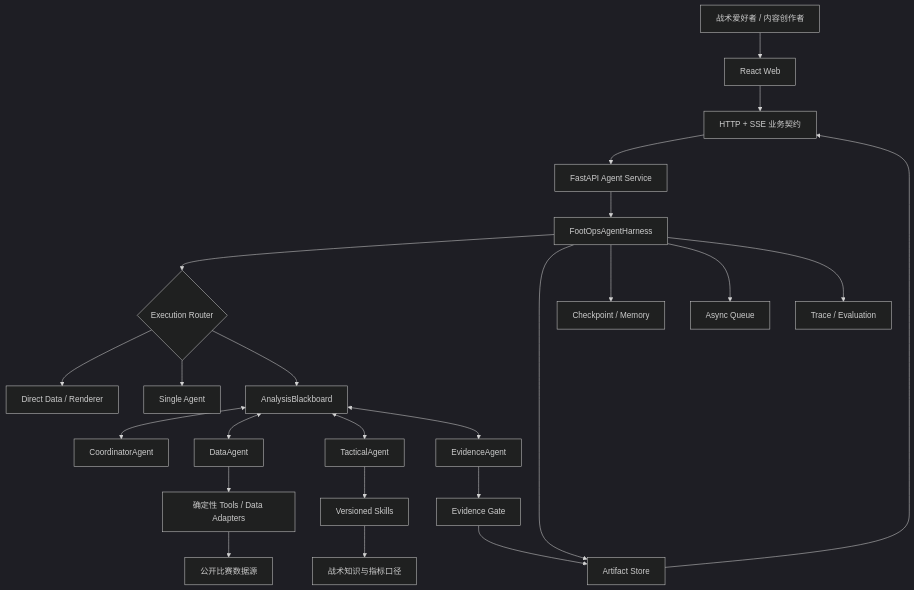
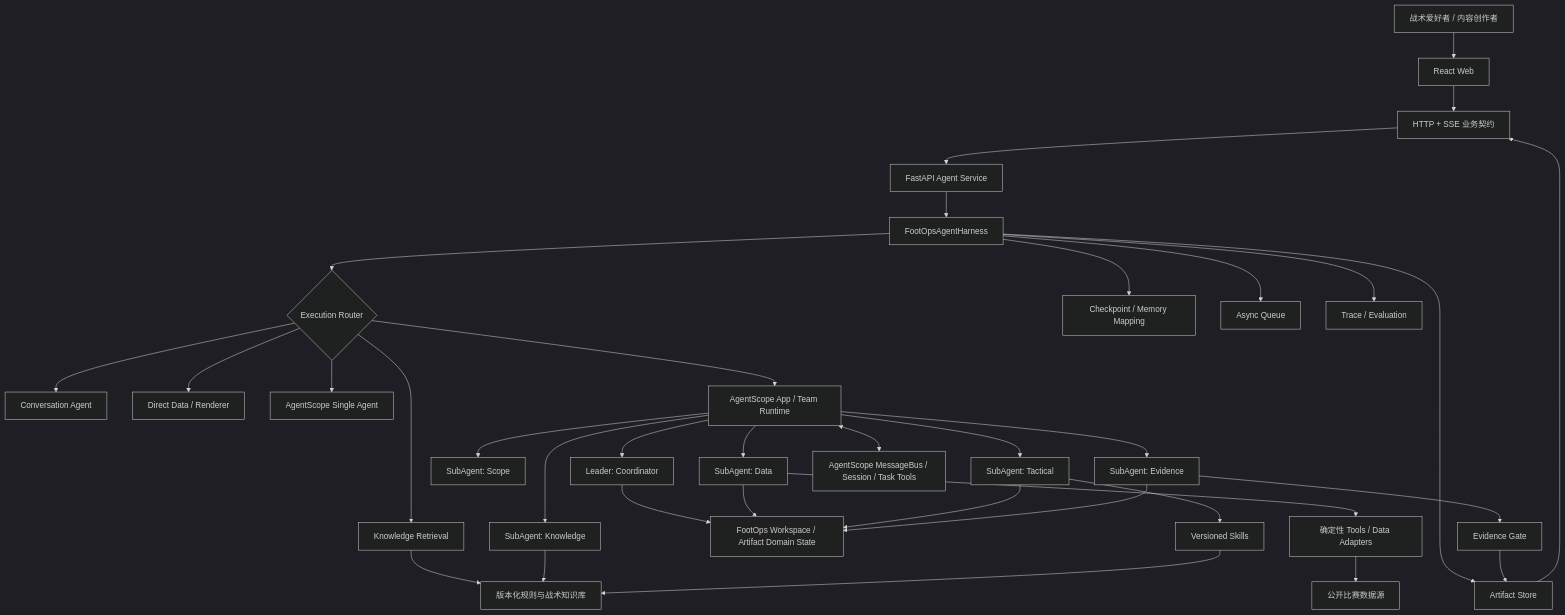
One commit to bu-0119/FootOps-Multi-Agent changed the diagram in docs/FOOTOPS_MINDBRIDGE_ARCHITECTURE.md. Above: the diagram before and after it, drawn with Mermaid (dark theme). The commit also changed other lines of this file and 110 other files, not shown here.

Commit message:
Build FootOps multi-agent knowledge workflow

````diff
--- a/docs/FOOTOPS_MINDBRIDGE_ARCHITECTURE.md
+++ b/docs/FOOTOPS_MINDBRIDGE_ARCHITECTURE.md
@@ -63,26 +72,37 @@
 ```mermaid
 flowchart TB
     U["战术爱好者 / 内容创作者"] --> W["React Web"]
     W --> C["HTTP + SSE 业务契约"]
     C --> API["FastAPI Agent Service"]
     API --> H["FootOpsAgentHarness"]
     H --> R{"Execution Router"}
+    R --> CH["Conversation Agent"]
+    R --> KQ["Knowledge Retrieval"]
     R --> D["Direct Data / Renderer"]
-    R --> S["Single Agent"]
-    R --> B["AnalysisBlackboard"]
-    B <--> CO["CoordinatorAgent"]
-    B <--> DA["DataAgent"]
-    B <--> TA["TacticalAgent"]
-    B <--> EA["EvidenceAgent"]
+    R --> S["AgentScope Single Agent"]
+    R --> APP["AgentScope App / Team Runtime"]
+    APP --> CO["Leader: Coordinator"]
+    APP --> SA["SubAgent: Scope"]
+    APP --> DA["SubAgent: Data"]
+    APP --> KA["SubAgent: Knowledge"]
+    APP --> TA["SubAgent: Tactical"]
+    APP --> EA["SubAgent: Evidence"]
+    APP <--> MB["AgentScope MessageBus / Session / Task Tools"]
+    CO --> WS["FootOps Workspace / Artifact Domain State"]
+    DA --> WS
+    TA --> WS
+    EA --> WS
     DA --> T["确定性 Tools / Data Adapters"]
     TA --> SK["Versioned Skills"]
     EA --> EG["Evidence Gate"]
     T --> DS["公开比赛数据源"]
-    SK --> KR["战术知识与指标口径"]
+    KQ --> KR["版本化规则与战术知识库"]
+    KA --> KR
+    SK --> KR
     H --> AS["Artifact Store"]
-    H --> CP["Checkpoint / Memory"]
+    H --> CP["Checkpoint / Memory Mapping"]
     H --> Q["Async Queue"]
     H --> TR["Trace / Evaluation"]
     EG --> AS
     AS --> C
 ```
````
